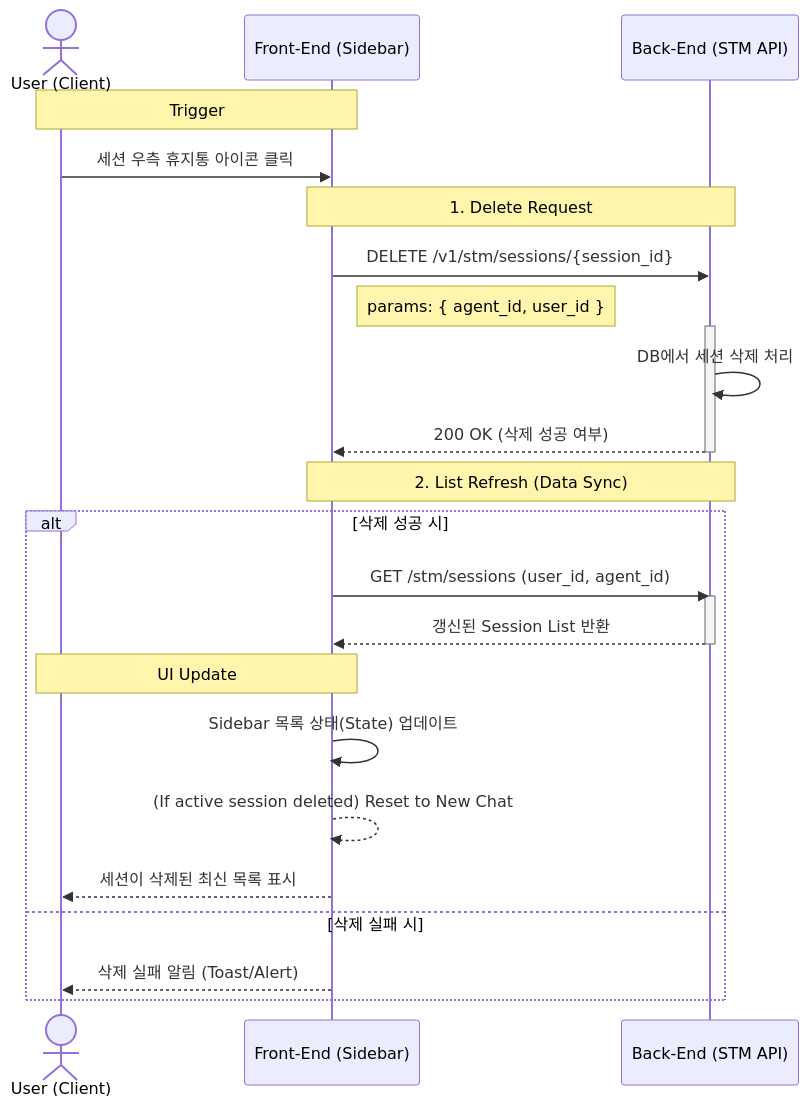
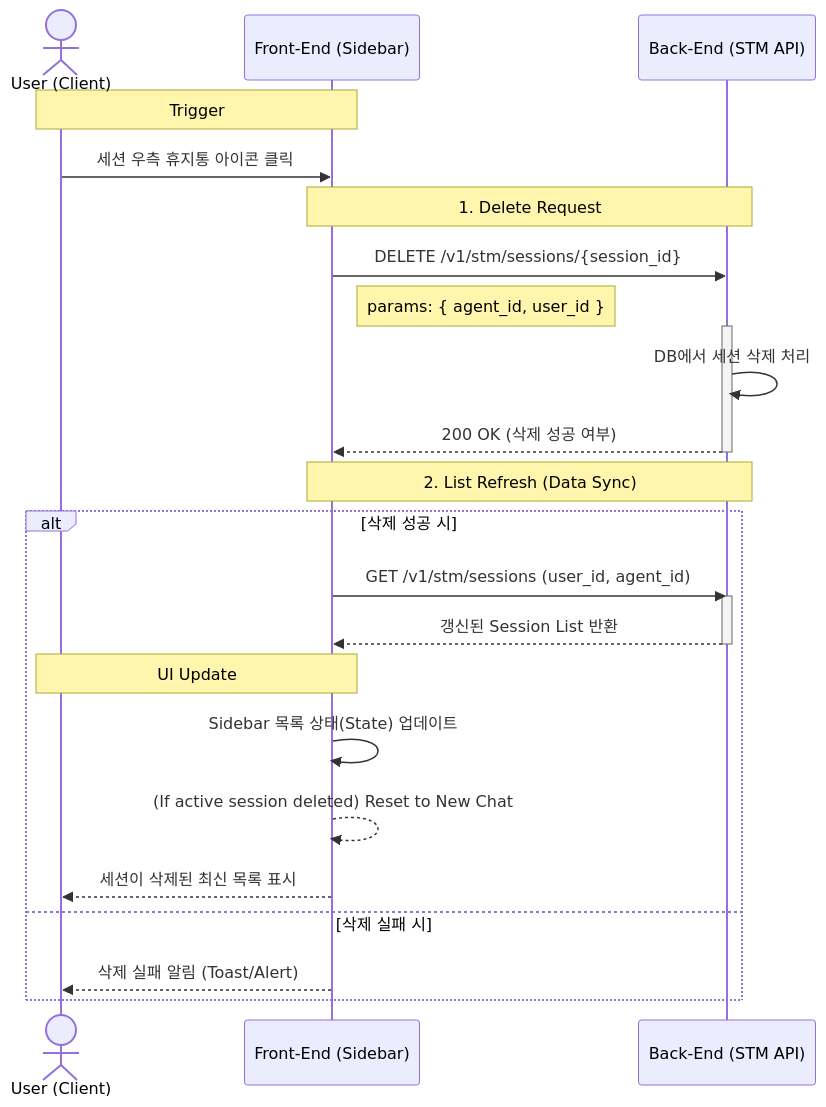
The diagram in docs/data_flow/session/DELETE_SESSION.md (yw0nam/DesktopMatePlus), drawn with Mermaid before and after one commit. The commit also changed 3 other files, not shown here.

Commit message:
docs: update data flow

````diff
--- a/docs/data_flow/session/DELETE_SESSION.md
+++ b/docs/data_flow/session/DELETE_SESSION.md
@@ -5,32 +5,32 @@
 ```mermaid
 sequenceDiagram
     actor User as User (Client)
     participant FE as Front-End (Sidebar)
     participant BE as Back-End (STM API)
 
     Note over User, FE: Trigger
     User->>FE: 세션 우측 휴지통 아이콘 클릭
 
     Note over FE, BE: 1. Delete Request
     FE->>BE: DELETE /v1/stm/sessions/{session_id}
     Note right of FE: params: { agent_id, user_id }
     activate BE
     BE->>BE: DB에서 세션 삭제 처리
     BE-->>FE: 200 OK (삭제 성공 여부)
     deactivate BE
 
     Note over FE, BE: 2. List Refresh (Data Sync)
     alt 삭제 성공 시
-        FE->>BE: GET /stm/sessions (user_id, agent_id)
+        FE->>BE: GET /v1/stm/sessions (user_id, agent_id)
         activate BE
         BE-->>FE: 갱신된 Session List 반환
         deactivate BE
 
         Note over FE, User: UI Update
         FE->>FE: Sidebar 목록 상태(State) 업데이트
         FE-->>FE: (If active session deleted) Reset to New Chat
         FE-->>User: 세션이 삭제된 최신 목록 표시
     else 삭제 실패 시
         FE-->>User: 삭제 실패 알림 (Toast/Alert)
     end
 ```
````
